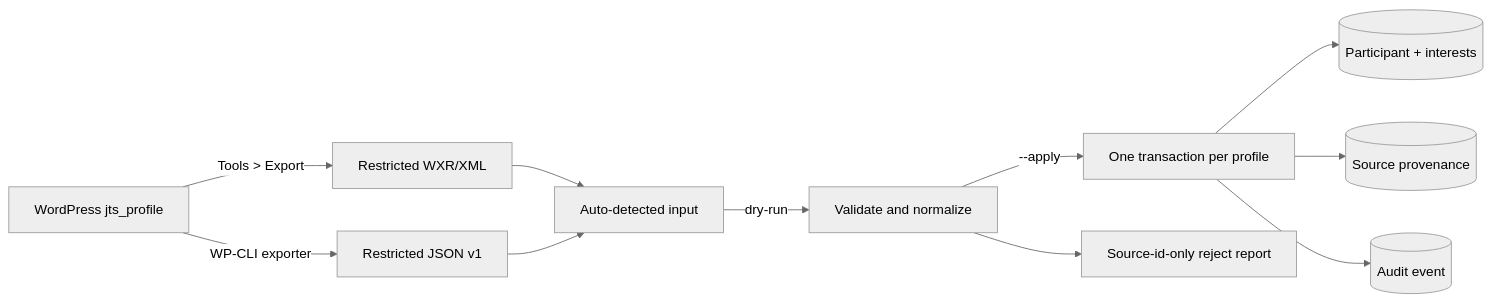
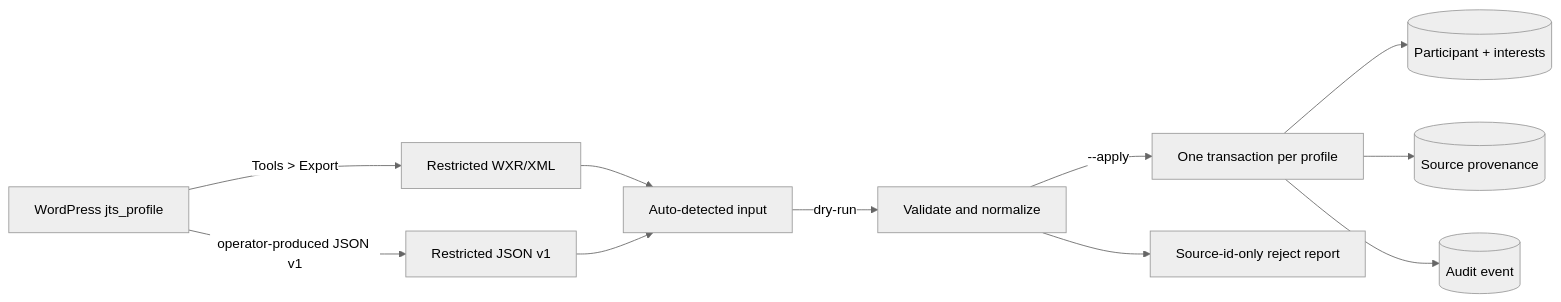
One commit to johnakisk0700/slopform changed the diagram in docs/backend/modules/participants.md. Above: the diagram before and after it, drawn with Mermaid (neutral theme). The commit also changed other lines of this file and 201 other files, not shown here.

````diff
--- a/docs/backend/modules/participants.md
+++ b/docs/backend/modules/participants.md
@@ -73,13 +73,13 @@
 ```mermaid
 flowchart LR
   WP["WordPress jts_profile"] -->|"Tools > Export"| WXR["Restricted WXR/XML"]
-  WP -->|"WP-CLI exporter"| JSON["Restricted JSON v1"]
+  WP -->|"operator-produced JSON v1"| JSON["Restricted JSON v1"]
   WXR --> File["Auto-detected input"]
   JSON --> File
   File -->|"dry-run"| Validate["Validate and normalize"]
   Validate -->|"--apply"| Transaction["One transaction per profile"]
   Transaction --> Participant[("Participant + interests")]
   Transaction --> Provenance[("Source provenance")]
   Transaction --> Audit[("Audit event")]
   Validate --> Rejects["Source-id-only reject report"]
 ```
````
